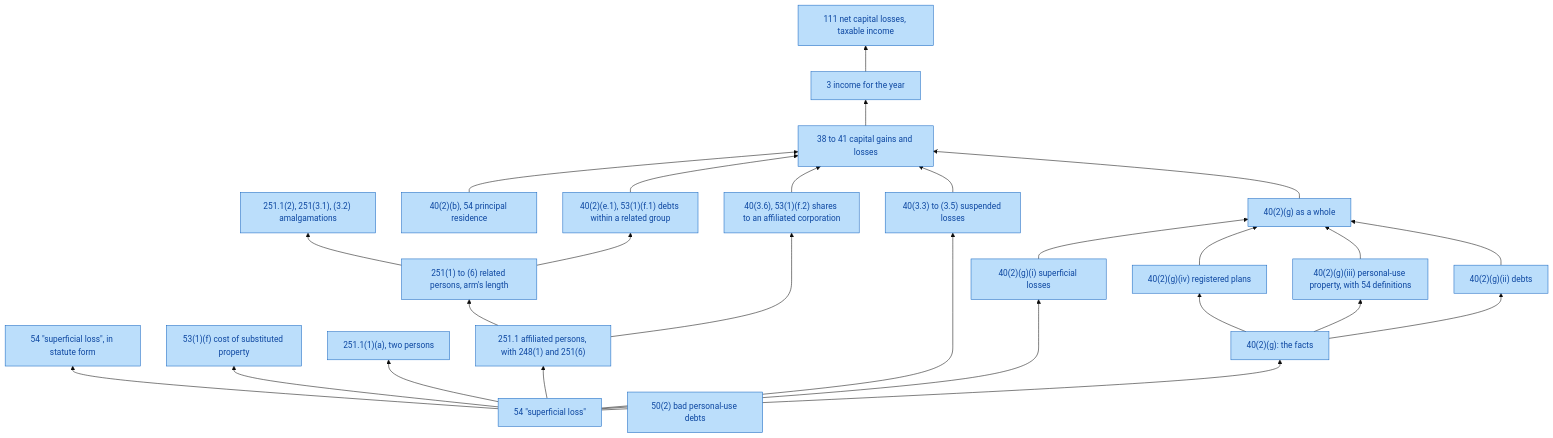
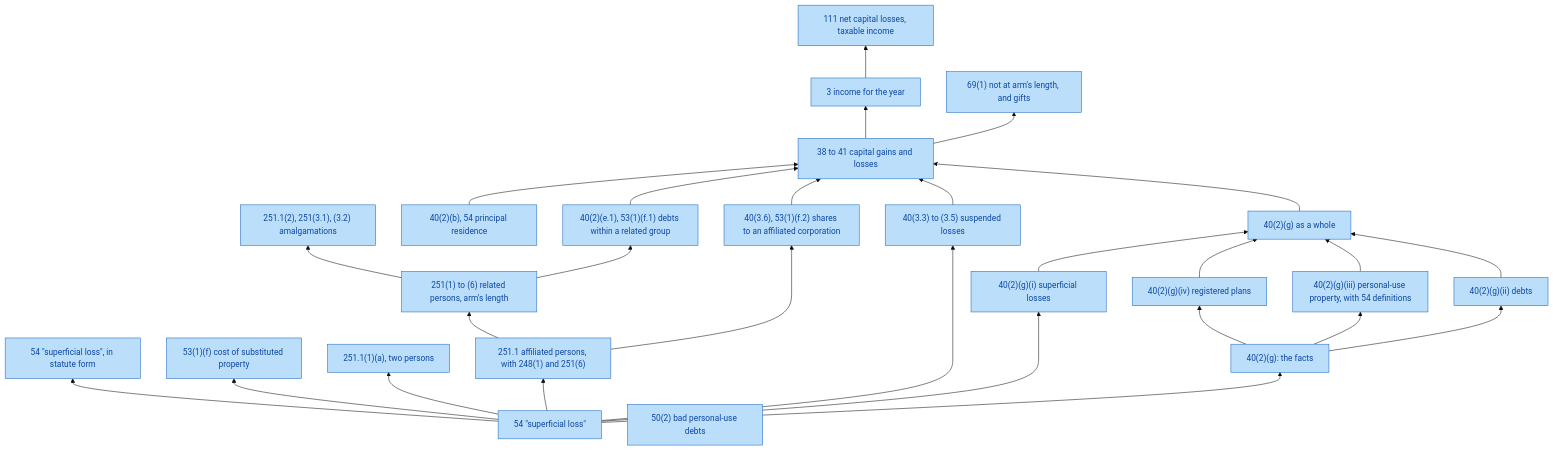
One commit to SeanWMurray/Canteen changed the diagram in docs/graphs/provisions.md. Above: the diagram before and after it, drawn with Mermaid (base theme). The commit also changed 14 other files, not shown here.

First line of the commit message:
Encode subsection 69(1): transfers not at arm's length, and gifts

````diff
--- a/docs/graphs/provisions.md
+++ b/docs/graphs/provisions.md
@@ -7,50 +7,52 @@
 ```mermaid
 flowchart BT
   v0["54 #quot;superficial loss#quot;"]:::prov
   v1["40(2)(g)(i) superficial losses"]:::prov
   v2["54 #quot;superficial loss#quot;, in statute form"]:::prov
   v3["53(1)(f) cost of substituted property"]:::prov
   v4["251.1(1)(a), two persons"]:::prov
   v5["251.1 affiliated persons, with 248(1) and 251(6)"]:::prov
   v6["251(1) to (6) related persons, arm's length"]:::prov
   v7["251.1(2), 251(3.1), (3.2) amalgamations"]:::prov
   v8["40(2)(g): the facts"]:::prov
   v9["40(2)(g)(ii) debts"]:::prov
   v10["40(2)(g)(iii) personal-use property, with 54 definitions"]:::prov
   v11["40(2)(g)(iv) registered plans"]:::prov
   v12["40(2)(g) as a whole"]:::prov
   v13["40(3.3) to (3.5) suspended losses"]:::prov
   v14["40(3.6), 53(1)(f.2) shares to an affiliated corporation"]:::prov
   v15["40(2)(e.1), 53(1)(f.1) debts within a related group"]:::prov
   v16["40(2)(b), 54 principal residence"]:::prov
   v17["38 to 41 capital gains and losses"]:::prov
   v18["3 income for the year"]:::prov
   v19["111 net capital losses, taxable income"]:::prov
-  v20["50(2) bad personal-use debts"]:::prov
+  v20["69(1) not at arm's length, and gifts"]:::prov
+  v21["50(2) bad personal-use debts"]:::prov
   v0 --> v1
   v0 --> v2
   v0 --> v3
   v0 --> v4
   v0 --> v5
   v5 --> v6
   v6 --> v7
   v0 --> v8
   v8 --> v9
   v8 --> v10
   v8 --> v11
   v9 --> v12
   v10 --> v12
   v11 --> v12
   v1 --> v12
   v0 --> v13
   v5 --> v14
   v6 --> v15
   v12 --> v17
   v13 --> v17
   v14 --> v17
   v15 --> v17
   v16 --> v17
   v17 --> v18
   v18 --> v19
+  v17 --> v20
   classDef prov fill:#bbdefb,stroke:#1565c0,color:#0d47a1
 ```
````
